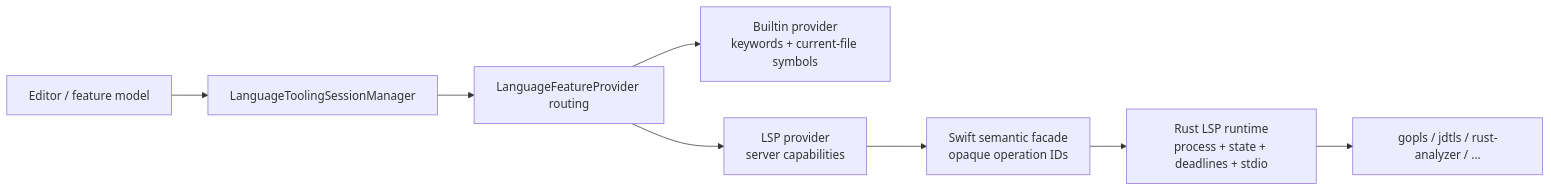
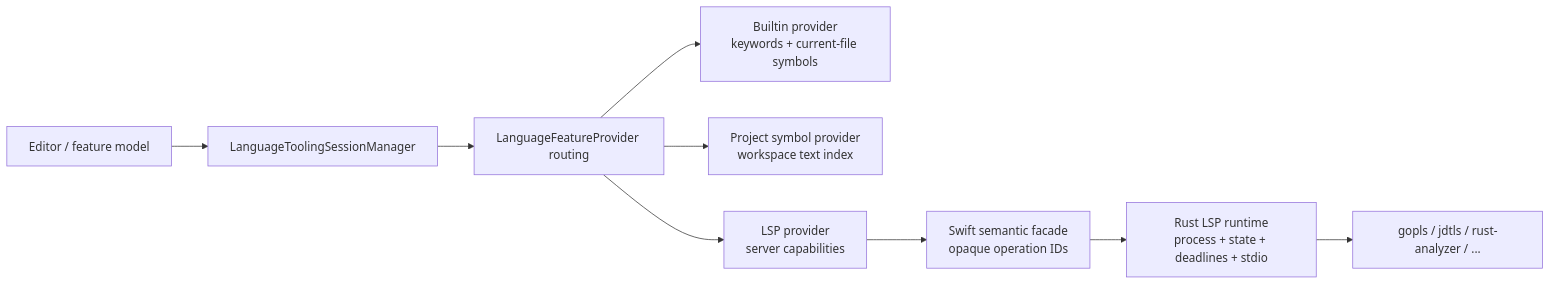
Before and after one commit to 1lck/Lithe-IDEA: the diagram in docs/architecture/language-tooling.md, drawn with Mermaid. The commit also changed other lines of this file and 14 other files, not shown here.

````diff
--- a/docs/architecture/language-tooling.md
+++ b/docs/architecture/language-tooling.md
@@ -18,10 +18,11 @@
 ```mermaid
 flowchart LR
     UI["Editor / feature model"] --> MANAGER["LanguageToolingSessionManager"]
     MANAGER --> ROUTER["LanguageFeatureProvider routing"]
     ROUTER --> BUILTIN["Builtin provider<br/>keywords + current-file symbols"]
+    ROUTER --> PROJECT["Project symbol provider<br/>workspace text index"]
     ROUTER --> LSPPROVIDER["LSP provider<br/>server capabilities"]
     LSPPROVIDER --> SESSION["Swift semantic facade<br/>opaque operation IDs"]
     SESSION --> CORE["Rust LSP runtime<br/>process + state + deadlines + stdio"]
     CORE --> SERVER["gopls / jdtls / rust-analyzer / ..."]
 ```
````
